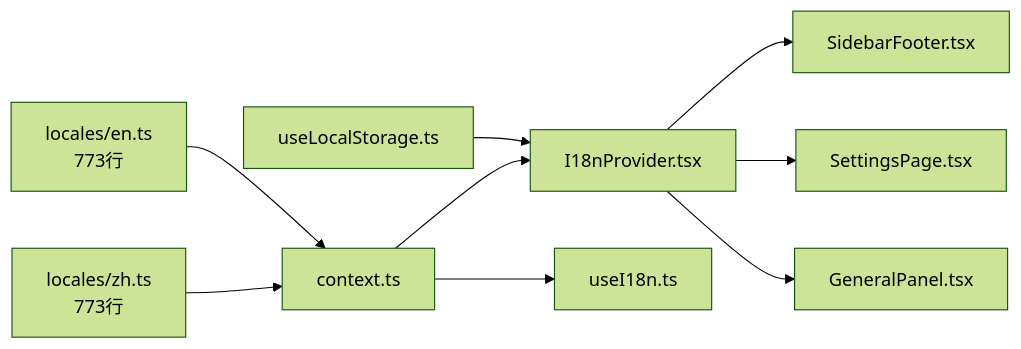
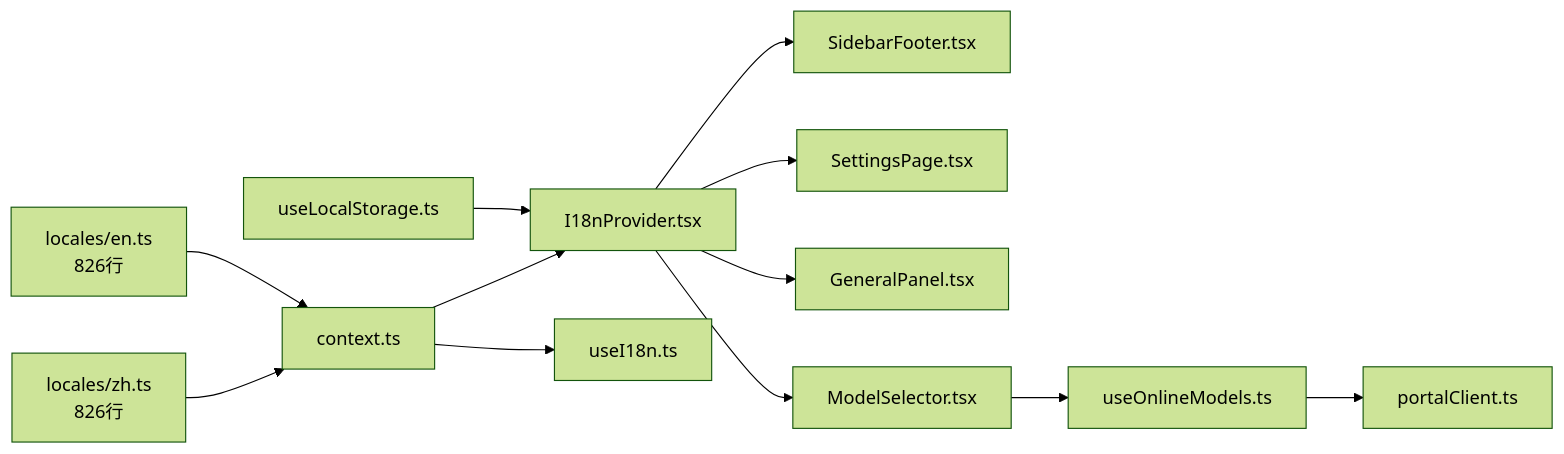
Before and after one commit to RabbitAI-Lab/RabbitCoding: the seventh of 7 diagrams in .qoder/repowiki/zh/content/国际化支持.md, drawn with Mermaid (forest theme). The commit also changed other lines of this file and 66 other files, not shown here.

````diff
--- a/.qoder/repowiki/zh/content/国际化支持.md
+++ b/.qoder/repowiki/zh/content/国际化支持.md
@@ -274,11 +340,14 @@
 ```mermaid
 graph LR
 LS["useLocalStorage.ts"] --> IDX["I18nProvider.tsx"]
 CTX["context.ts"] --> IDX
 CTX --> USE["useI18n.ts"]
 IDX --> UI1["SidebarFooter.tsx"]
 IDX --> UI2["SettingsPage.tsx"]
 IDX --> UI3["GeneralPanel.tsx"]
-LOCALE_EN["locales/en.ts<br/>773行"] --> CTX
-LOCALE_ZH["locales/zh.ts<br/>773行"] --> CTX
+IDX --> UI4["ModelSelector.tsx"]
+UI4 --> ENDO["useOnlineModels.ts"]
+ENDO --> PC["portalClient.ts"]
+LOCALE_EN["locales/en.ts<br/>826行"] --> CTX
+LOCALE_ZH["locales/zh.ts<br/>826行"] --> CTX
 ```
````
